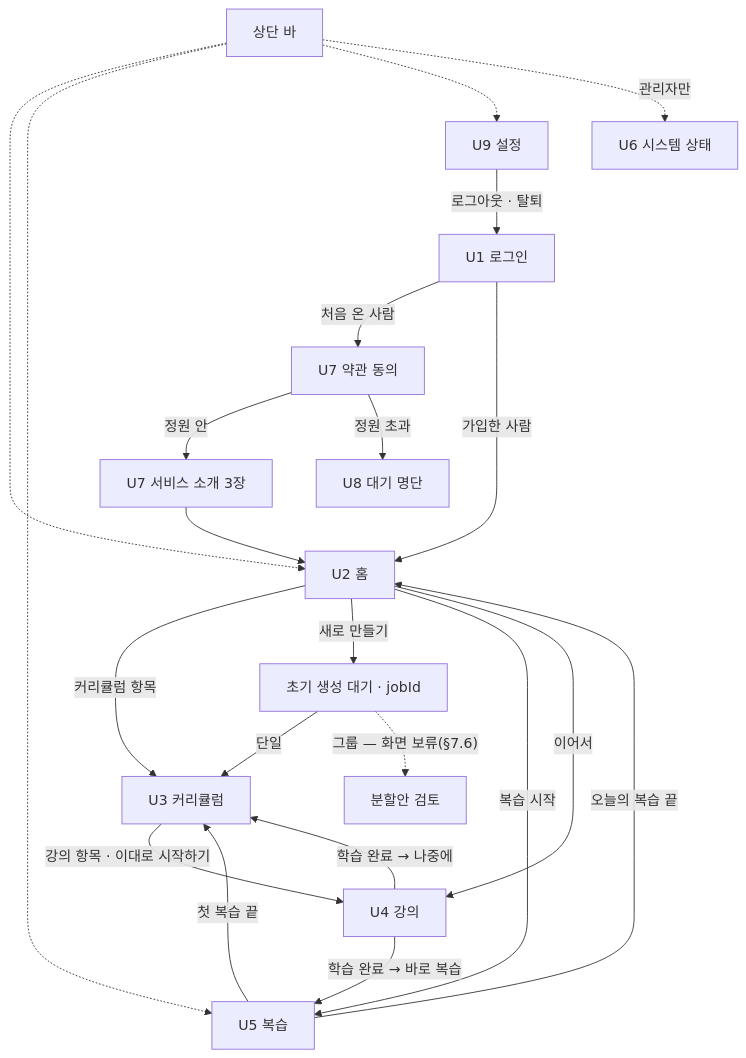
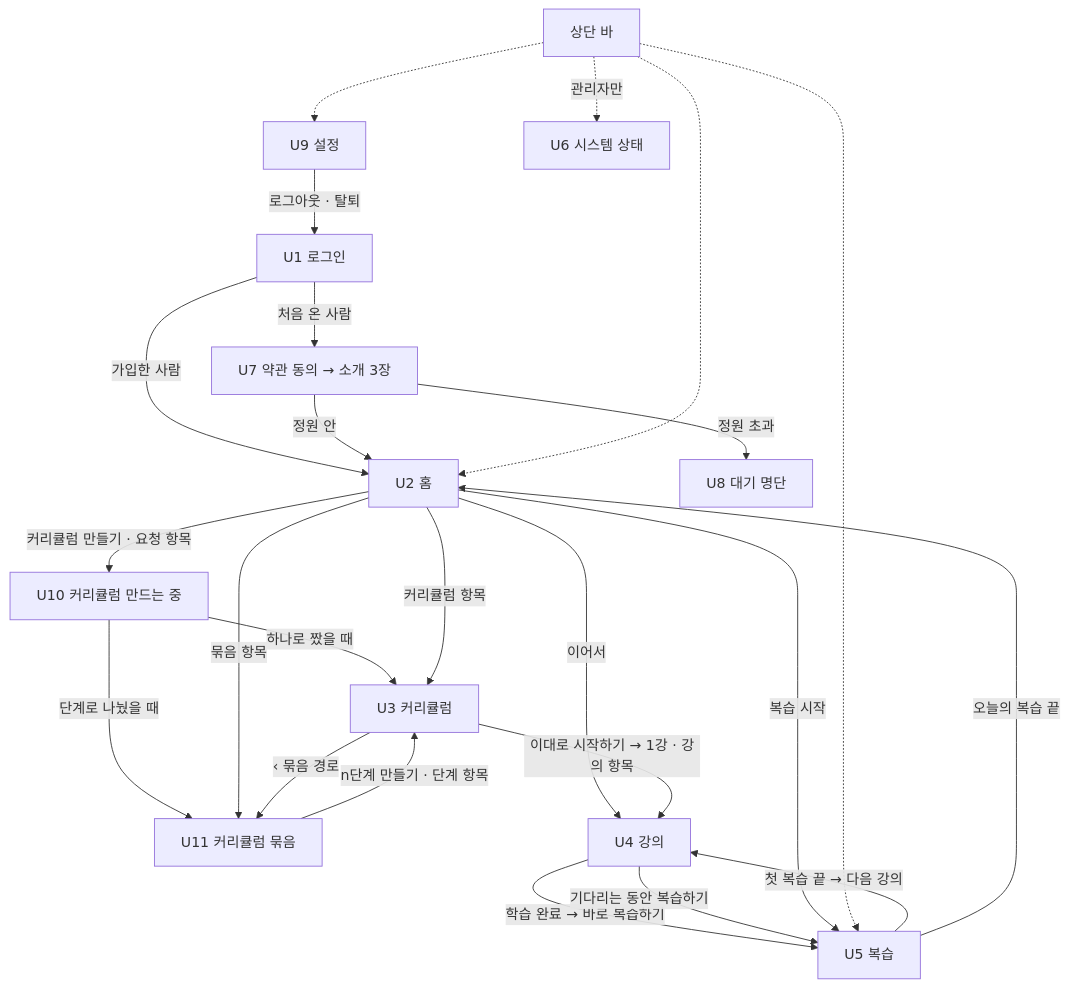
Before and after one commit to f-lab-edu/Mogum: the first of 2 diagrams in docs/06-screens.md, drawn with Mermaid. The commit also changed other lines of this file and 11 other files, not shown here.

````diff
--- a/docs/06-screens.md
+++ b/docs/06-screens.md
@@ -59,24 +107,26 @@
 ```mermaid
 flowchart TD
-    U1["U1 로그인"] -->|"처음 온 사람"| U7A["U7 약관 동의"]
+    U1["U1 로그인"] -->|"처음 온 사람"| U7["U7 약관 동의 → 소개 3장"]
     U1 -->|"가입한 사람"| U2["U2 홈"]
-    U7A -->|"정원 안"| U7B["U7 서비스 소개 3장"]
-    U7A -->|"정원 초과"| U8["U8 대기 명단"]
-    U7B --> U2
-    U2 -->|"커리큘럼 항목"| U3["U3 커리큘럼"]
-    U2 -->|"새로 만들기"| W["초기 생성 대기 · jobId"]
-    W -->|"단일"| U3
-    W -.->|"그룹 — 화면 보류(§7.6)"| G["분할안 검토"]
-    U2 -->|"복습 시작"| U5["U5 복습"]
-    U2 -->|"이어서"| U4
-    U3 -->|"강의 항목 · 이대로 시작하기"| U4["U4 강의"]
-    U4 -->|"학습 완료 → 바로 복습"| U5
-    U4 -->|"학습 완료 → 나중에"| U3
-    U5 -->|"첫 복습 끝"| U3
+    U7 -->|"정원 초과"| U8["U8 대기 명단"]
+    U7 -->|"정원 안"| U2
+    U2 -->|"커리큘럼 만들기 · 요청 항목"| U10["U10 커리큘럼 만드는 중"]
+    U10 -->|"하나로 짰을 때"| U3["U3 커리큘럼"]
+    U10 -->|"단계로 나눴을 때"| U11["U11 커리큘럼 묶음"]
+    U2 -->|"커리큘럼 항목"| U3
+    U2 -->|"묶음 항목"| U11
+    U11 -->|"n단계 만들기 · 단계 항목"| U3
+    U3 -->|"‹ 묶음 경로"| U11
+    U2 -->|"이어서"| U4["U4 강의"]
+    U3 -->|"이대로 시작하기 → 1강 · 강의 항목"| U4
+    U4 -->|"학습 완료 → 바로 복습하기"| U5["U5 복습"]
+    U4 -->|"기다리는 동안 복습하기"| U5
+    U2 -->|"복습 시작"| U5
+    U5 -->|"첫 복습 끝 → 다음 강의"| U4
     U5 -->|"오늘의 복습 끝"| U2
     NAV["상단 바"] -.-> U2
     NAV -.-> U5
     NAV -.-> U9["U9 설정"]
     NAV -.->|"관리자만"| U6["U6 시스템 상태"]
     U9 -->|"로그아웃 · 탈퇴"| U1
 ```
````
